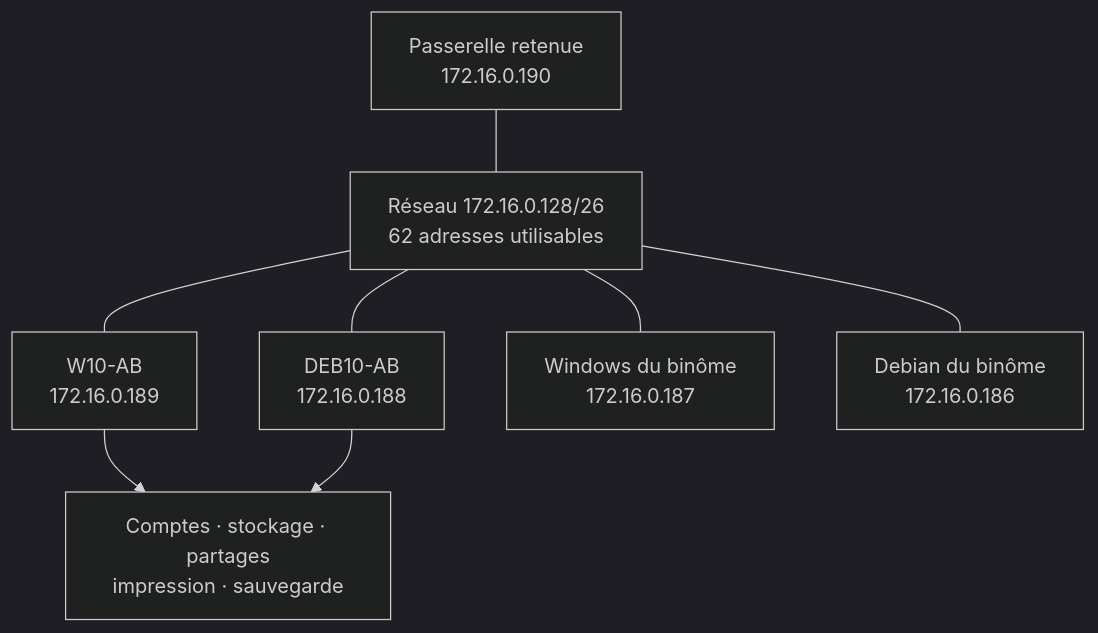
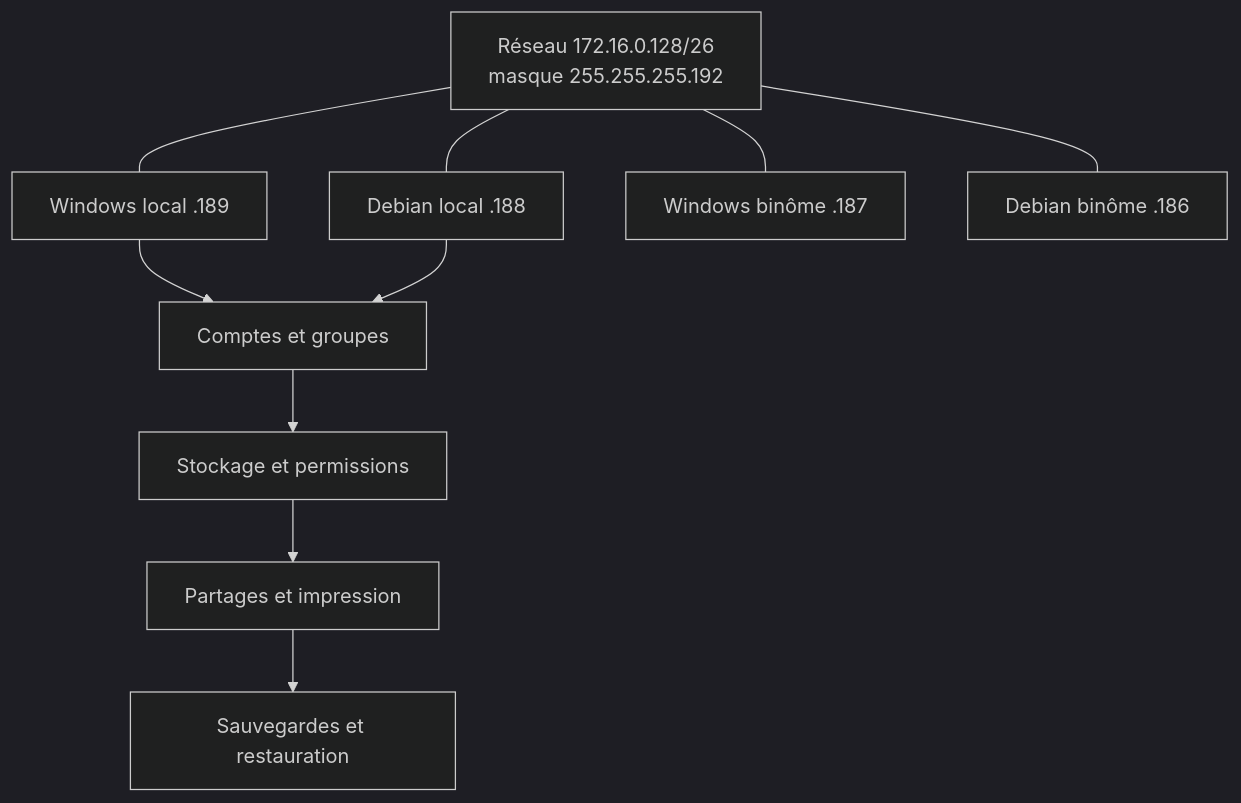
Before and after one commit to sk34pk25/tssr-cours: the first of 2 diagrams in docs/modules/08-msp-systemes-clients/module-01-msp-systemes-clients.md, drawn with Mermaid (dark theme). The commit also changed other lines of this file and 864 other files, not shown here.

````diff
--- a/docs/modules/08-msp-systemes-clients/module-01-msp-systemes-clients.md
+++ b/docs/modules/08-msp-systemes-clients/module-01-msp-systemes-clients.md
@@ -31,10 +16,13 @@
 ```mermaid
 flowchart TB
-    G["Passerelle retenue<br/>172.16.0.190"] --- N["Réseau 172.16.0.128/26<br/>62 adresses utilisables"]
-    N --- W1["W10-AB<br/>172.16.0.189"]
-    N --- D1["DEB10-AB<br/>172.16.0.188"]
-    N --- W2["Windows du binôme<br/>172.16.0.187"]
-    N --- D2["Debian du binôme<br/>172.16.0.186"]
-    W1 --> P["Comptes · stockage · partages<br/>impression · sauvegarde"]
-    D1 --> P
+    R["Réseau 172.16.0.128/26<br/>masque 255.255.255.192"]
+    R --- W["Windows local .189"]
+    R --- D["Debian local .188"]
+    R --- WB["Windows binôme .187"]
+    R --- DB["Debian binôme .186"]
+    W --> C["Comptes et groupes"]
+    D --> C
+    C --> S["Stockage et permissions"]
+    S --> P["Partages et impression"]
+    P --> B["Sauvegardes et restauration"]
 ```
````
